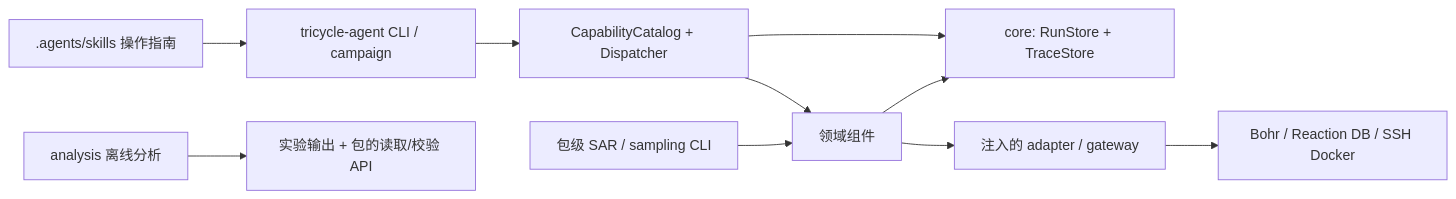
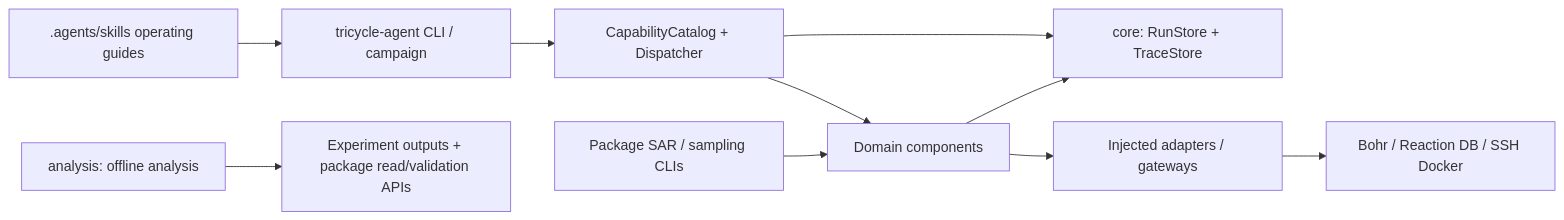
One commit to gentle1999/TriCycle changed the diagram in docs/architecture.md. Above: the diagram before and after it, drawn with Mermaid. The commit also changed other lines of this file and 158 other files, not shown here.

````diff
--- a/docs/architecture.md
+++ b/docs/architecture.md
@@ -5,12 +5,12 @@
 ```mermaid
 flowchart LR
-    S[".agents/skills 操作指南"] --> A["tricycle-agent CLI / campaign"]
+    S[".agents/skills operating guides"] --> A["tricycle-agent CLI / campaign"]
     A --> C["CapabilityCatalog + Dispatcher"]
-    C --> D["领域组件"]
+    C --> D["Domain components"]
     C --> R["core: RunStore + TraceStore"]
-    D --> B["注入的 adapter / gateway"]
+    D --> B["Injected adapters / gateways"]
     B --> E["Bohr / Reaction DB / SSH Docker"]
     D --> R
-    P["包级 SAR / sampling CLI"] --> D
-    F["analysis 离线分析"] --> O["实验输出 + 包的读取/校验 API"]
+    P["Package SAR / sampling CLIs"] --> D
+    F["analysis: offline analysis"] --> O["Experiment outputs + package read/validation APIs"]
 ```
````
